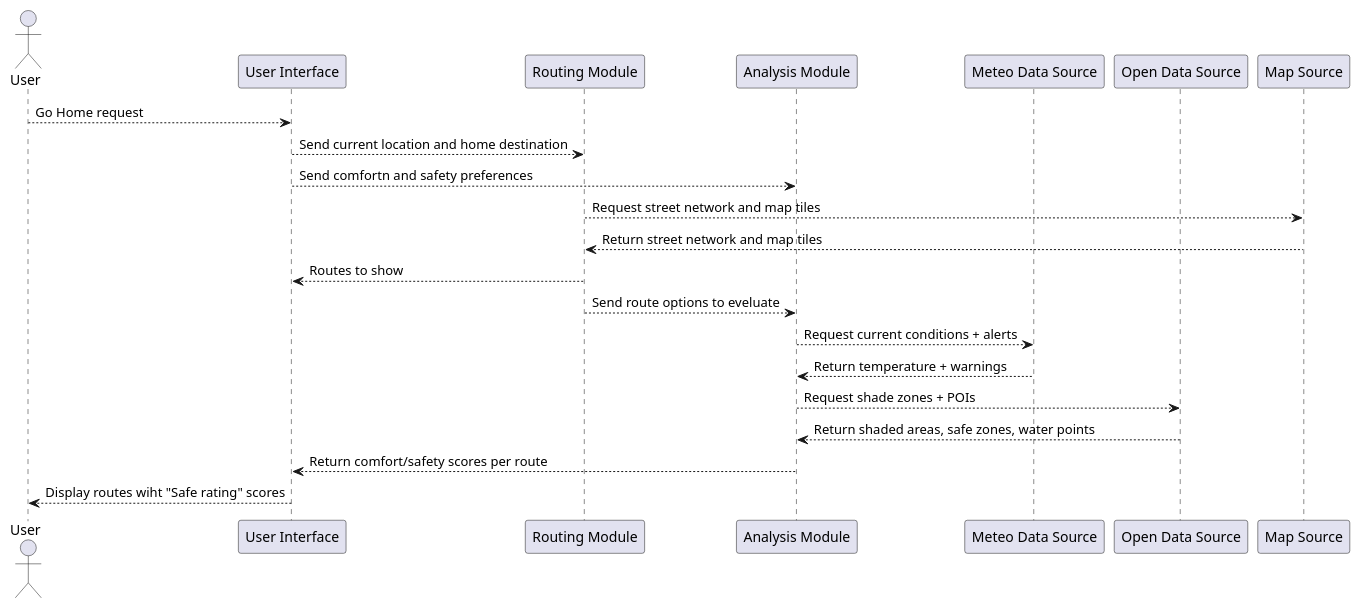
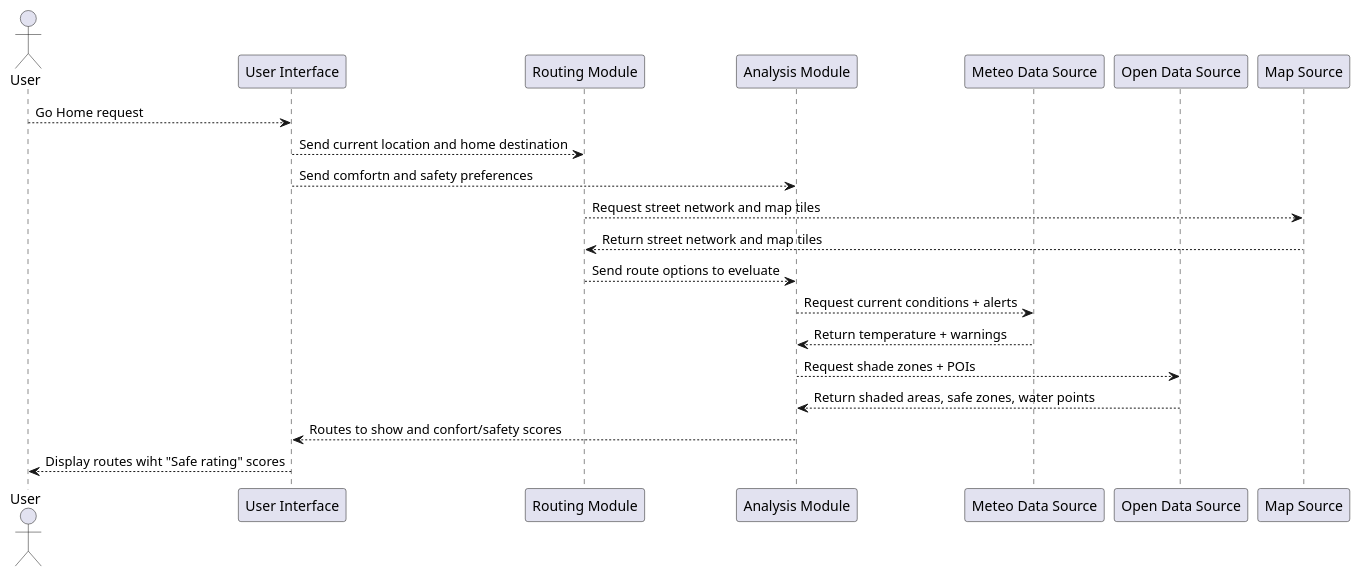
Before and after one commit to RodrigoIglesia/SafeNav: the diagram in docs/uml/usecase/UC1_OperationalScemario.puml, drawn with PlantUML. The commit also changed 6 other files, not shown here.

```diff
--- a/docs/uml/usecase/UC1_OperationalScemario.puml
+++ b/docs/uml/usecase/UC1_OperationalScemario.puml
@@ -4,30 +4,30 @@
 @startuml
     actor       "User" as User
     participant "User Interface" as UI
     participant "Routing Module" as Router
     participant "Analysis Module" as Analyzer
     participant "Meteo Data Source" as Meteo
     participant "Open Data Source" as OpenData
     participant "Map Source" as MapAPI
 
     User --> UI : Go Home request
     UI --> Router : Send current location and home destination
     UI --> Analyzer : Send comfortn and safety preferences
 
     Router --> MapAPI : Request street network and map tiles
     Router <-- MapAPI : Return street network and map tiles
 
-    Router --> UI: Routes to show
+    
 
     Router --> Analyzer : Send route options to eveluate
 
     Analyzer --> Meteo : Request current conditions + alerts
     Meteo --> Analyzer : Return temperature + warnings
 
     Analyzer --> OpenData : Request shade zones + POIs
     OpenData --> Analyzer : Return shaded areas, safe zones, water points
 
-    Analyzer --> UI : Return comfort/safety scores per route
+    Analyzer --> UI: Routes to show and confort/safety scores
 
     UI --> User : Display routes wiht "Safe rating" scores
 @enduml
```
